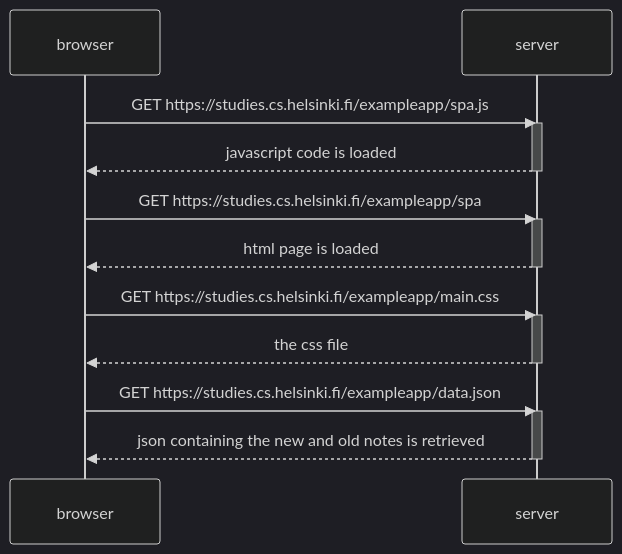
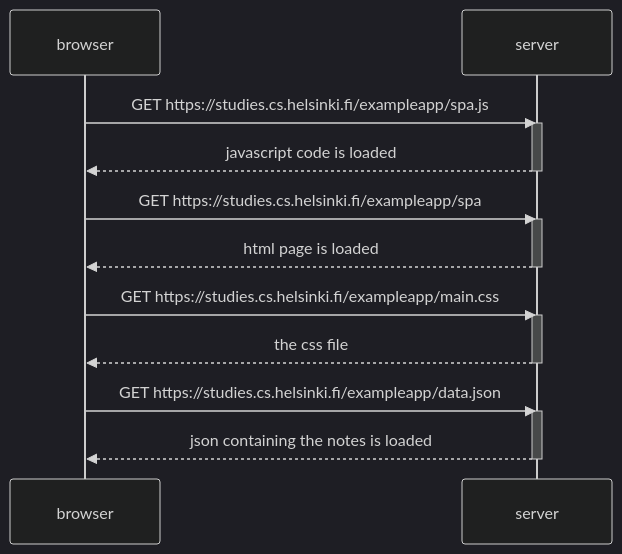
One commit to AlessandraBombino/part0 changed the diagram in spa_diagram05.md. Above: the diagram before and after it, drawn with Mermaid (dark theme).

````diff
--- a/spa_diagram05.md
+++ b/spa_diagram05.md
@@ -2,26 +2,26 @@
 ```mermaid
 sequenceDiagram
     participant browser
     participant server
 
     browser->>server: GET https://studies.cs.helsinki.fi/exampleapp/spa.js
     activate server
     server-->>browser: javascript code is loaded
     deactivate server
 
     browser->>server: GET https://studies.cs.helsinki.fi/exampleapp/spa
     activate server
     server-->>browser: html page is loaded
     deactivate server
 
     browser->>server: GET https://studies.cs.helsinki.fi/exampleapp/main.css
     activate server
     server-->>browser: the css file
     deactivate server
 
     browser->>server: GET https://studies.cs.helsinki.fi/exampleapp/data.json
     activate server
-    server-->>browser: json containing the new and old notes is retrieved
+    server-->>browser: json containing the notes is loaded
     deactivate server
 
 ```
````
